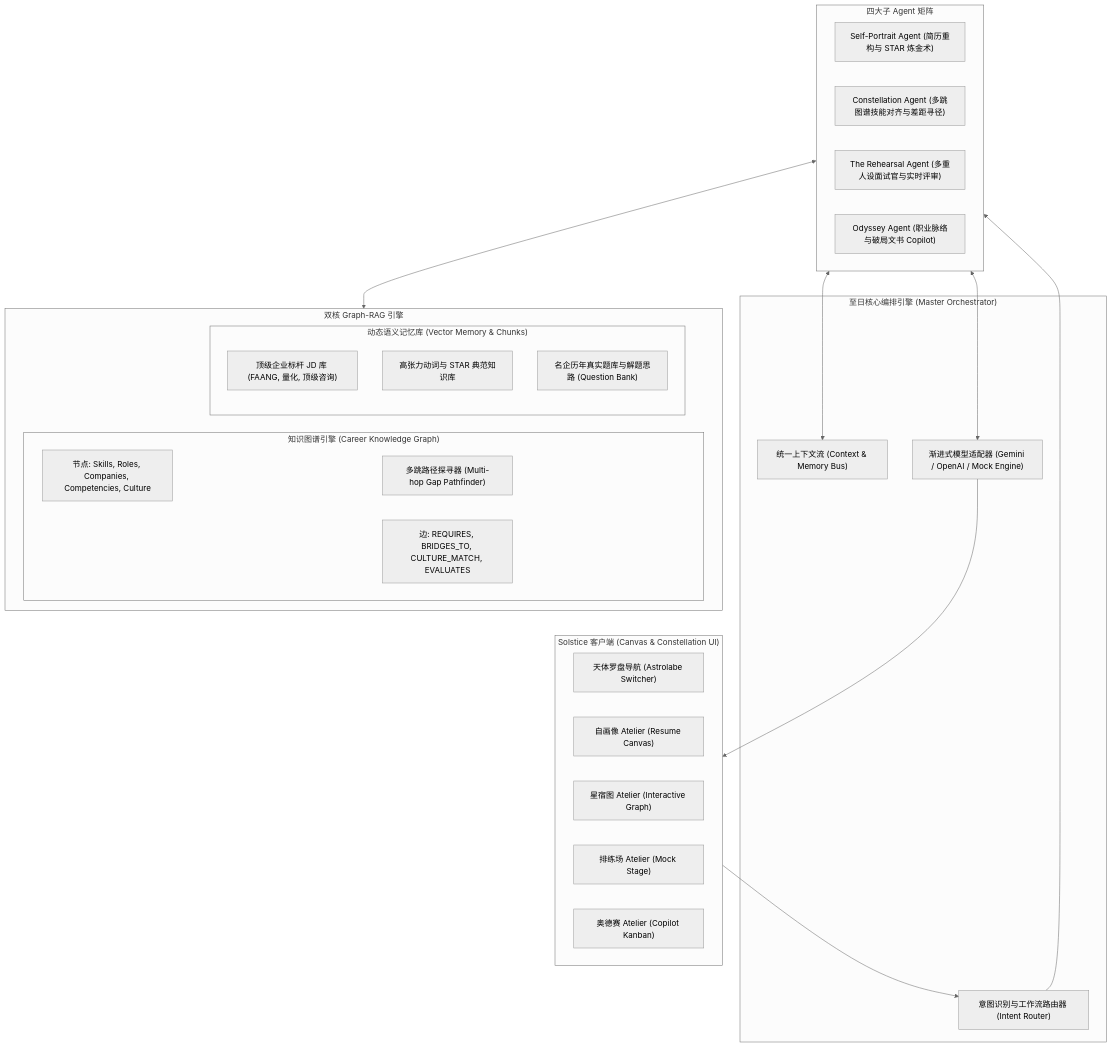
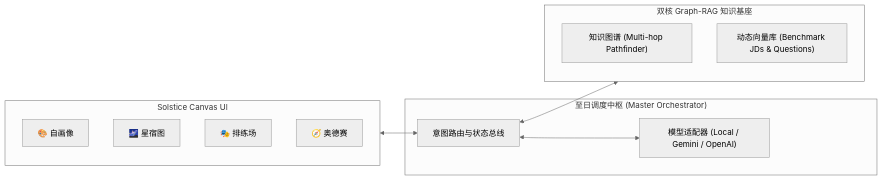
The diagram in README.md (Moon-Meld/Solstice), drawn with Mermaid (neutral theme) before and after one commit. The commit also changed other lines of this file and 1 other file, not shown here.

````diff
--- a/README.md
+++ b/README.md
@@ -45,44 +74,23 @@
 ```mermaid
-flowchart TD
-    subgraph UI ["Solstice 客户端 (Canvas & Constellation UI)"]
-        Nav["天体罗盘导航 (Astrolabe Switcher)"]
-        SP_UI["自画像 Atelier (Resume Canvas)"]
-        CS_UI["星宿图 Atelier (Interactive Graph)"]
-        RH_UI["排练场 Atelier (Mock Stage)"]
-        OD_UI["奥德赛 Atelier (Copilot Kanban)"]
+flowchart LR
+    subgraph Client ["Solstice Canvas UI"]
+        UI_SP["🎨 自画像"]
+        UI_CS["🌌 星宿图"]
+        UI_RH["🎭 排练场"]
+        UI_OD["🧭 奥德赛"]
     end
 
-    subgraph Orchestrator ["至日核心编排引擎 (Master Orchestrator)"]
-        Router["意图识别与工作流路由器 (Intent Router)"]
-        Memory["统一上下文流 (Context & Memory Bus)"]
-        ModelAdapter["渐进式模型适配器 (Gemini / OpenAI / Mock Engine)"]
+    subgraph Core ["至日调度中枢 (Master Orchestrator)"]
+        Router["意图路由与状态总线"]
+        Adapter["模型适配器 (Local / Gemini / OpenAI)"]
     end
 
-    subgraph Agents ["四大子 Agent 矩阵"]
-        Agent_SP["Self-Portrait Agent (简历重构与 STAR 炼金术)"]
-        Agent_CS["Constellation Agent (多跳图谱技能对齐与差距寻径)"]
-        Agent_RH["The Rehearsal Agent (多重人设面试官与实时评审)"]
-        Agent_OD["Odyssey Agent (职业脉络与破局文书 Copilot)"]
+    subgraph Engines ["双核 Graph-RAG 知识基座"]
+        KG["知识图谱 (Multi-hop Pathfinder)"]
+        RAG["动态向量库 (Benchmark JDs & Questions)"]
     end
 
-    subgraph GraphRAG ["双核 Graph-RAG 引擎"]
-        subgraph KG ["知识图谱引擎 (Career Knowledge Graph)"]
-            KG_Nodes["节点: Skills, Roles, Companies, Competencies, Culture"]
-            KG_Edges["边: REQUIRES, BRIDGES_TO, CULTURE_MATCH, EVALUATES"]
-            KG_Pathfinder["多跳路径探寻器 (Multi-hop Gap Pathfinder)"]
-        end
-        subgraph RAG ["动态语义记忆库 (Vector Memory & Chunks)"]
-            V_JD["顶级企业标杆 JD 库 (FAANG, 量化, 顶级咨询)"]
-            V_STAR["高张力动词与 STAR 典范知识库"]
-            V_Interview["名企历年真实题库与解题思路 (Question Bank)"]
-        end
-    end
-
-    UI --> Router
-    Router --> Agents
-    Agents <--> Memory
-    Agents <--> ModelAdapter
-    Agents <--> GraphRAG
-    KG <--> KG_Pathfinder
-    ModelAdapter --> UI
+    Client <--> Router
+    Router <--> Adapter
+    Router <--> Engines
 ```
````
